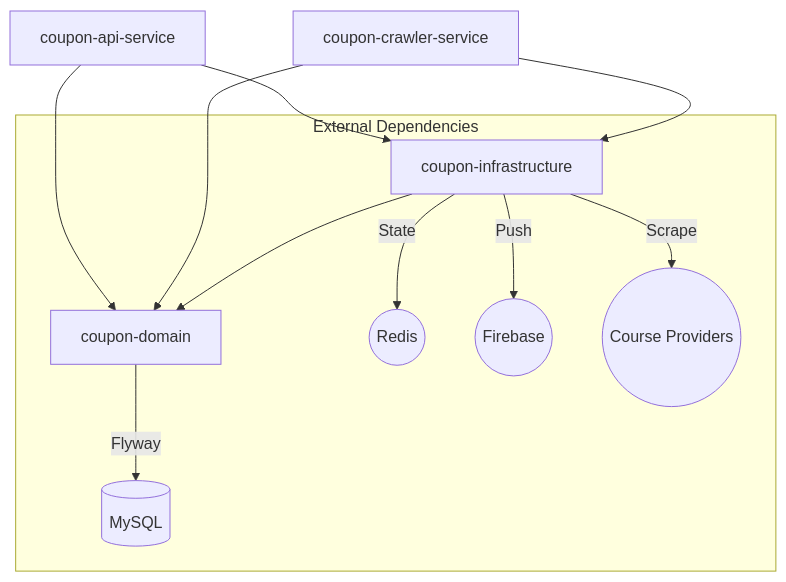
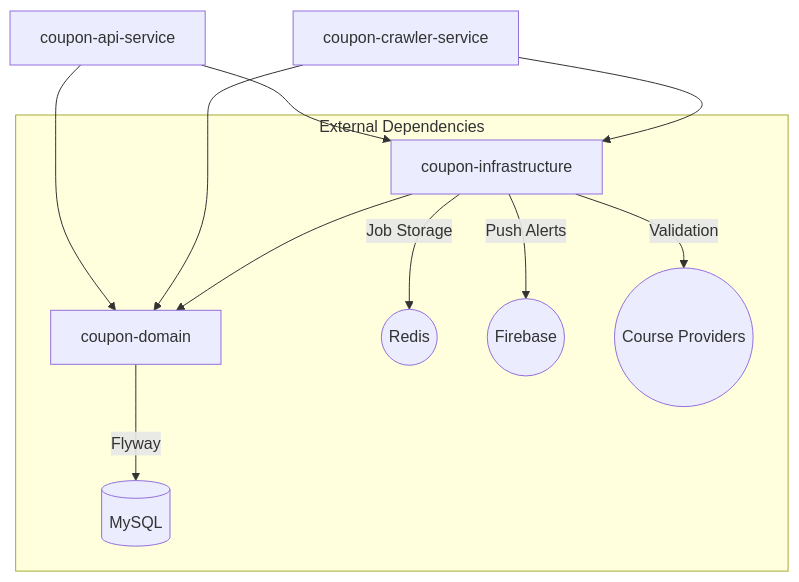
Before and after one commit to Huythanh0x/udemy_coupon_server_java_spring: the diagram in docs/getting-started.md, drawn with Mermaid. The commit also changed other lines of this file and 2 other files, not shown here.

First line of the commit message:
docs: update architecture and project documentation for JobRunr migration

````diff
--- a/docs/getting-started.md
+++ b/docs/getting-started.md
@@ -6,17 +6,17 @@
 ```mermaid
 graph TD
     API[coupon-api-service] --> Domain[coupon-domain]
     API --> Infra[coupon-infrastructure]
     
     Crawler[coupon-crawler-service] --> Domain
     Crawler --> Infra
     
     Infra --> Domain
     
     subgraph "External Dependencies"
         Domain -- "Flyway" --> MySQL[(MySQL)]
-        Infra -- "State" --> Redis((Redis))
-        Infra -- "Push" --> FCM((Firebase))
-        Infra -- "Scrape" --> Udemy((Course Providers))
+        Infra -- "Job Storage" --> Redis((Redis))
+        Infra -- "Push Alerts" --> FCM((Firebase))
+        Infra -- "Validation" --> Ext((Course Providers))
     end
 ```
````
